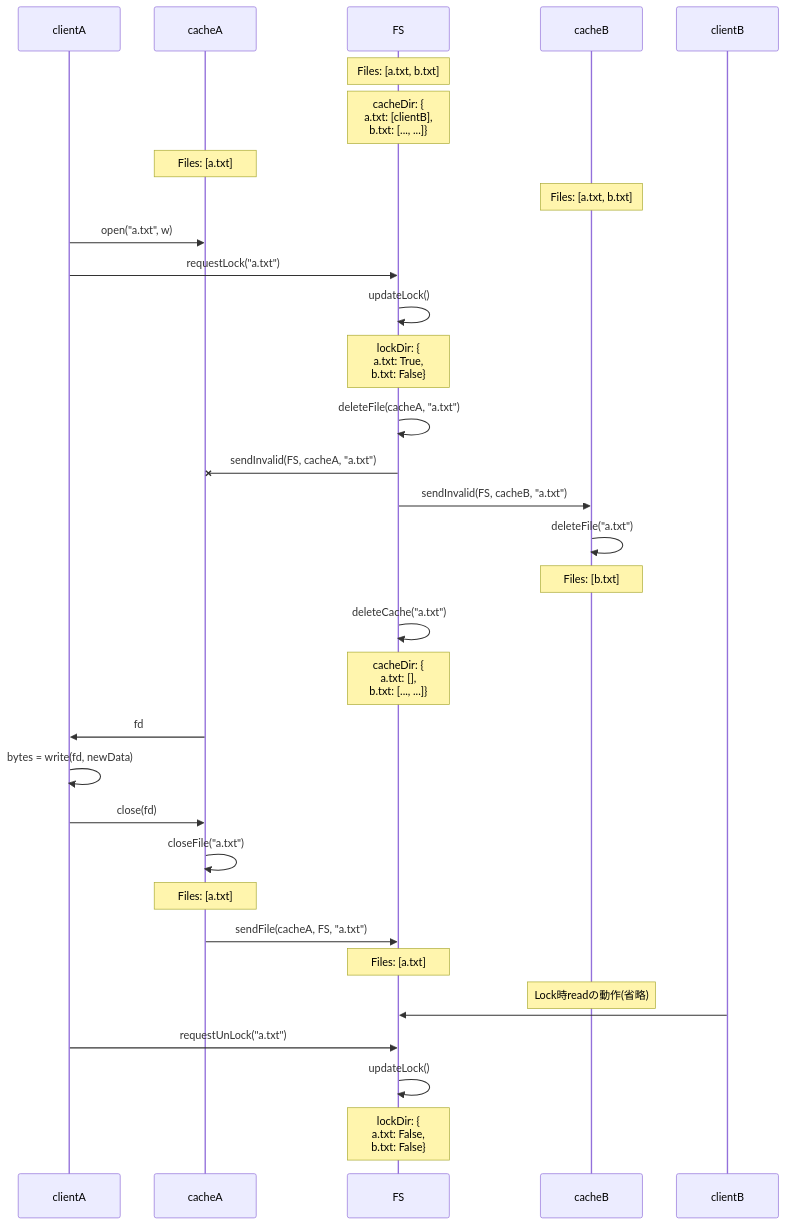
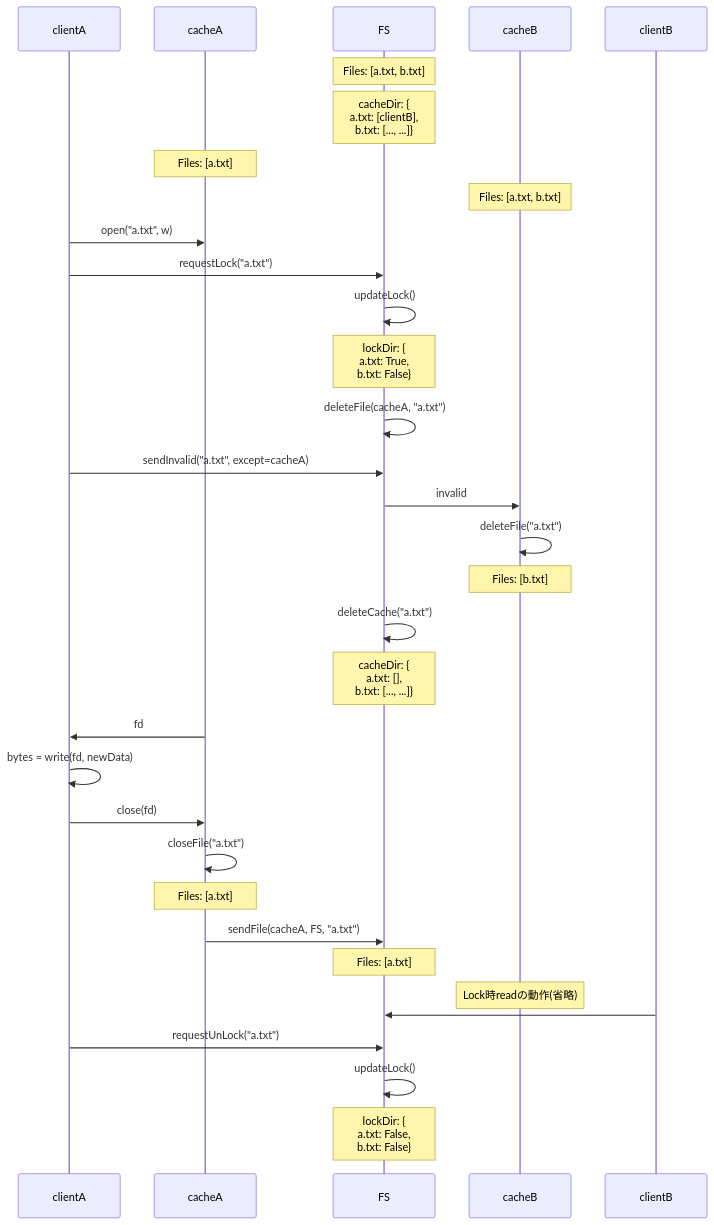
Before and after one commit to bishopfunc/os-b-dfs: the fourth of 4 diagrams in README.md, drawn with Mermaid. The commit also changed other lines of this file, not shown here.

````diff
--- a/README.md
+++ b/README.md
@@ -121,42 +129,42 @@
 ```mermaid
 sequenceDiagram
     participant clientA as clientA
     participant cacheA as cacheA
     participant FS as FS
     participant cacheB as cacheB
     participant clientB as clientB
     Note over FS: Files: [a.txt, b.txt]
     Note over FS: cacheDir: {<br>a.txt: [clientB], <br>b.txt: [..., ...]} 
     Note over cacheA: Files: [a.txt]    
     Note over cacheB: Files: [a.txt, b.txt] 
 
     clientA->>cacheA: open("a.txt", w)
     clientA->>FS: requestLock("a.txt")
     FS->>FS :updateLock()
     Note over FS: lockDir: {<br>a.txt: True, <br>b.txt: False} 
 
     FS->>FS: deleteFile(cacheA, "a.txt")
-    FS-xcacheA: sendInvalid(FS, cacheA, "a.txt")
-    FS->>cacheB: sendInvalid(FS, cacheB, "a.txt")
+    clientA->>FS: sendInvalid("a.txt", except=cacheA)
+    FS->>cacheB: invalid
     cacheB->>cacheB: deleteFile("a.txt")
     Note over cacheB: Files: [b.txt]
     FS->>FS: deleteCache("a.txt")
     Note over FS: cacheDir: {<br>a.txt: [], <br>b.txt: [..., ...]} 
 
     cacheA->>clientA: fd
     clientA->>clientA: bytes = write(fd, newData)
     clientA->>cacheA: close(fd)
     cacheA->>cacheA: closeFile("a.txt")
     Note over cacheA: Files: [a.txt]
 
     cacheA->>FS: sendFile(cacheA, FS, "a.txt")
     Note over FS: Files: [a.txt]
 
     Note over cacheB: Lock時readの動作(省略)
     clientB->>FS: 
 
     clientA->>FS: requestUnLock("a.txt")
     FS->>FS :updateLock()
     Note over FS: lockDir: {<br>a.txt: False, <br>b.txt: False} 
 
 ```
````
